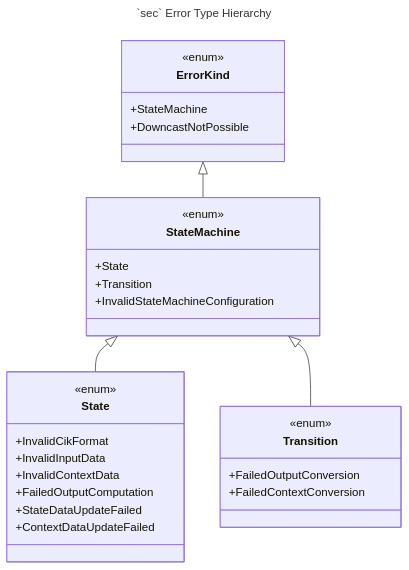
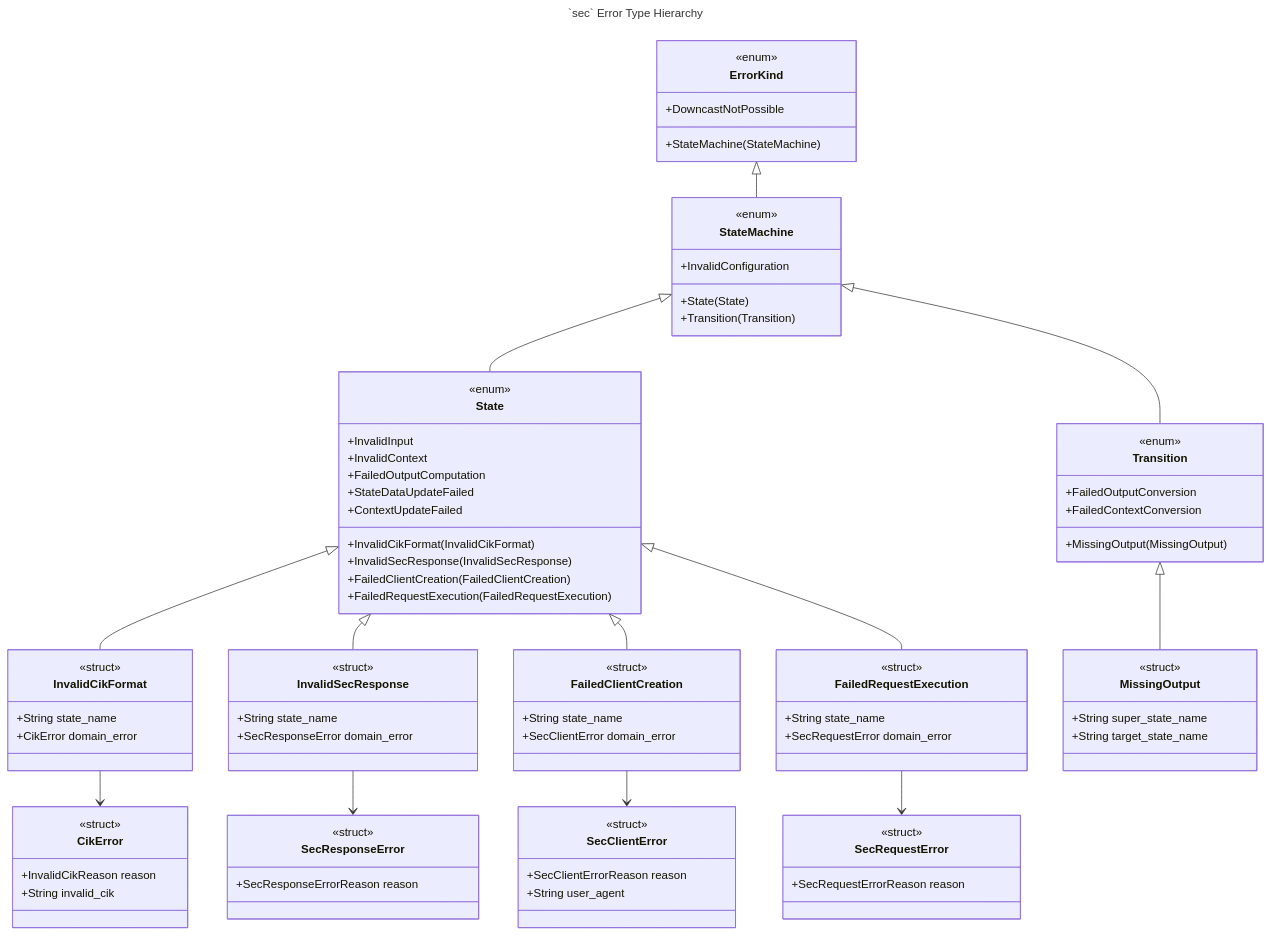
The diagram in sec/design/uml_class_diagram/sec_error_handling.md (ironcapitaleu/arkad), drawn with Mermaid before and after one commit. The commit also changed 219 other files, not shown here.

````diff
--- a/sec/design/uml_class_diagram/sec_error_handling.md
+++ b/sec/design/uml_class_diagram/sec_error_handling.md
@@ -5,41 +5,119 @@
 classDiagram
     class ErrorKind{
         <<enum>>
-        %% This is an enum that represents all kinds of errors that are expected in the `sec`package.
-        +StateMachine
+        %% Top-level error enum for all SEC state machine errors
+        +StateMachine(StateMachine)
         +DowncastNotPossible
+    }
+
+    class StateMachine{
+        <<enum>>
+        %% Errors during state machine execution
+        +State(State)
+        +Transition(Transition)
+        +InvalidConfiguration
     }
 
     class State {
         <<enum>>
-        %% This is an enum that represents an error in the `sec` package that is caused by a computation that has been done internally inside a `State` in the `StateMachine`.
-        +InvalidCikFormat
-        +InvalidInputData
-        +InvalidContextData
+        %% Errors from internal state operations
+        +InvalidCikFormat(InvalidCikFormat)
+        +InvalidSecResponse(InvalidSecResponse)
+        +FailedClientCreation(FailedClientCreation)
+        +FailedRequestExecution(FailedRequestExecution)
+        +InvalidInput
+        +InvalidContext
         +FailedOutputComputation
         +StateDataUpdateFailed
-        +ContextDataUpdateFailed
+        +ContextUpdateFailed
     }
-
 
     class Transition {
         <<enum>>
-        %% This is an enum that represents an error which occured during the transition from one `State` in the `StateMachine`to another `State`.
+        %% Errors during state transitions
+        +MissingOutput(MissingOutput)
         +FailedOutputConversion
         +FailedContextConversion
     }
 
-    class StateMachine{
-        <<enum>>
-        %% This is an enum that represents an error which occured during the execution of a `StateMachine`. It can either be attributed to a specific `State` computation, a `Transition` between States or a general misconfiguration of the `StateMachine`.
-        +State
-        +Transition
-        +InvalidStateMachineConfiguration
+    class InvalidCikFormat{
+        <<struct>>
+        %% State-level wrapper for CIK validation errors
+        +String state_name
+        +CikError domain_error
     }
 
-    %% Relationships
+    class InvalidSecResponse{
+        <<struct>>
+        %% State-level wrapper for SEC response errors
+        +String state_name
+        +SecResponseError domain_error
+    }
+
+    class FailedClientCreation{
+        <<struct>>
+        %% State-level wrapper for client creation errors
+        +String state_name
+        +SecClientError domain_error
+    }
+
+    class FailedRequestExecution{
+        <<struct>>
+        %% State-level wrapper for request execution errors
+        +String state_name
+        +SecRequestError domain_error
+    }
+
+    class MissingOutput{
+        <<struct>>
+        %% Transition-level error for missing output data
+        +String super_state_name
+        +String target_state_name
+    }
+
+    class CikError{
+        <<struct>>
+        %% Domain error for invalid CIK format
+        +InvalidCikReason reason
+        +String invalid_cik
+    }
+
+    class SecResponseError{
+        <<struct>>
+        %% Domain error for SEC response processing
+        +SecResponseErrorReason reason
+    }
+
+    class SecClientError{
+        <<struct>>
+        %% Domain error for SEC client creation
+        +SecClientErrorReason reason
+        +String user_agent
+    }
+
+    class SecRequestError{
+        <<struct>>
+        %% Domain error for SEC request execution
+        +SecRequestErrorReason reason
+    }
+
+    %% Error hierarchy relationships
     ErrorKind <|-- StateMachine
     StateMachine <|-- State
     StateMachine <|-- Transition
     
+    %% State error wraps domain errors
+    State <|-- InvalidCikFormat
+    State <|-- InvalidSecResponse
+    State <|-- FailedClientCreation
+    State <|-- FailedRequestExecution
+    
+    %% Transition error wraps specific errors
+    Transition <|-- MissingOutput
+    
+    %% State wrappers contain domain errors
+    InvalidCikFormat --> CikError
+    InvalidSecResponse --> SecResponseError
+    FailedClientCreation --> SecClientError
+    FailedRequestExecution --> SecRequestError
 ```
````
